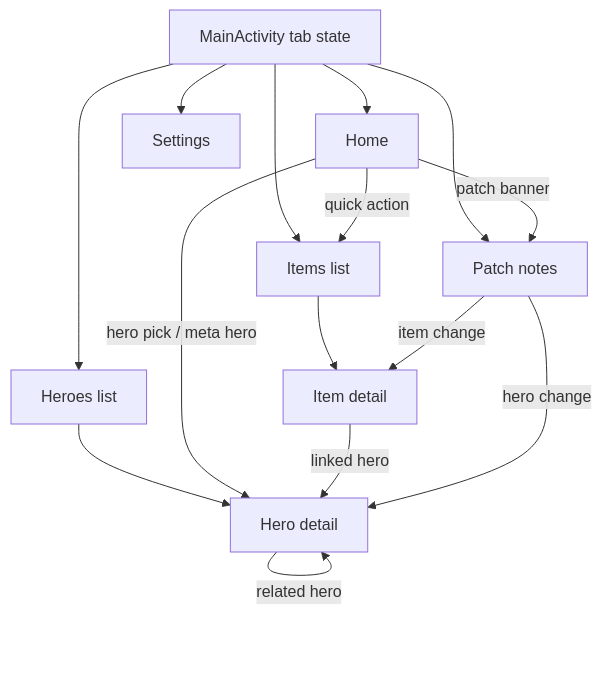
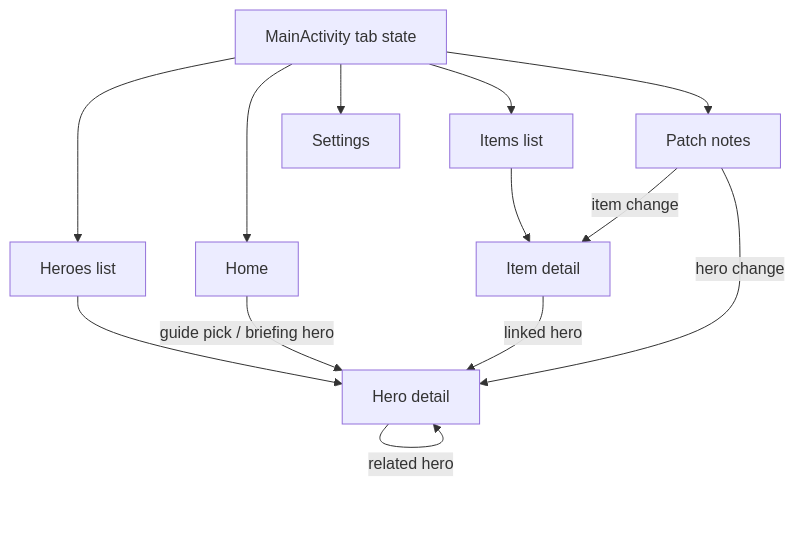
The second of 3 diagrams in docs/structure.md (SCPF-Bot/repo.001), drawn with Mermaid before and after one commit. The commit also changed other lines of this file and 6 other files, not shown here.

````diff
--- a/docs/structure.md
+++ b/docs/structure.md
@@ -144,17 +144,15 @@
 ```mermaid
 flowchart TD
     T[MainActivity tab state] --> H[Home]
     T --> L[Heroes list]
     L --> HD[Hero detail]
     T --> IL[Items list]
     IL --> ID[Item detail]
     T --> P[Patch notes]
     T --> S[Settings]
-    H -->|hero pick / meta hero| HD
-    H -->|quick action| IL
-    H -->|patch banner| P
+    H -->|guide pick / briefing hero| HD
     ID -->|linked hero| HD
     P -->|hero change| HD
     P -->|item change| ID
     HD -->|related hero| HD
 ```
````
